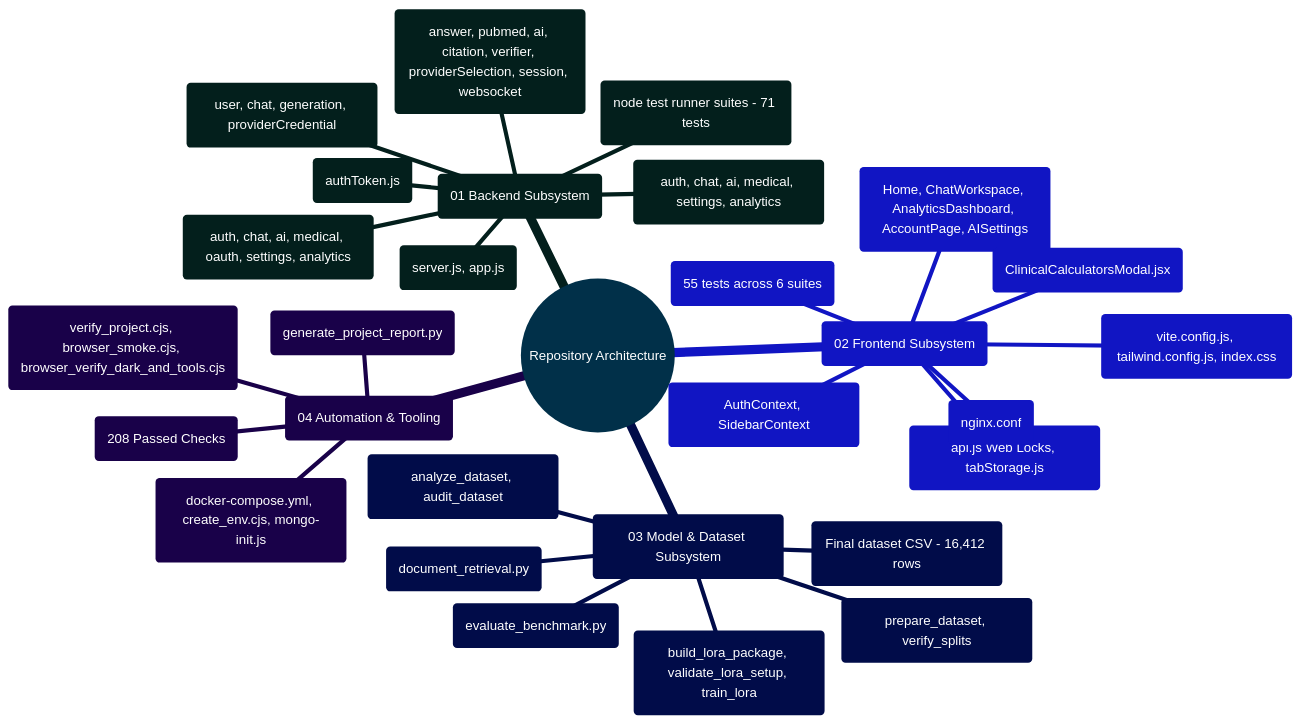
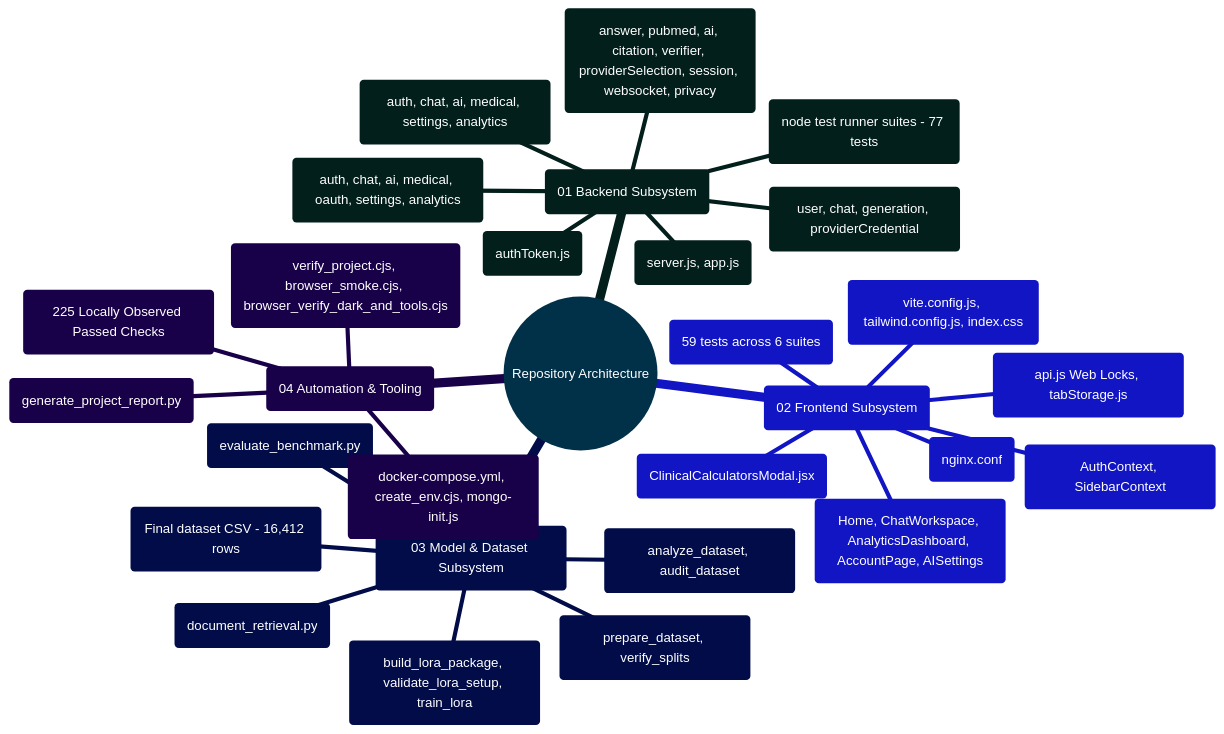
The diagram in docs/COMPLETE_FILE_DIRECTORY_REFERENCE.md (Ganesh172919/React-App-LLM), drawn with Mermaid before and after one commit. The commit also changed other lines of this file and 39 other files, not shown here.

````diff
--- a/docs/COMPLETE_FILE_DIRECTORY_REFERENCE.md
+++ b/docs/COMPLETE_FILE_DIRECTORY_REFERENCE.md
@@ -266,34 +266,34 @@
 ```mermaid
 %%{init: {'theme': 'base', 'themeVariables': { 'primaryColor': '#0284c7', 'primaryTextColor': '#ffffff', 'primaryBorderColor': '#0369a1', 'lineColor': '#0284c7', 'secondaryColor': '#0d9488', 'tertiaryColor': '#6366f1' }}}%%
 mindmap
   root((Repository Architecture))
     ::icon(fa fa-folder-open)
     (01 Backend Subsystem)
       Server & App Factory (server.js, app.js)
       Controllers (auth, chat, ai, medical, oauth, settings, analytics)
       Middleware (authToken.js)
       Mongoose Models (user, chat, generation, providerCredential)
       Routes (auth, chat, ai, medical, settings, analytics)
-      Services (answer, pubmed, ai, citation, verifier, providerSelection, session, websocket)
-      Automated Tests (node test runner suites - 71 tests)
+      Services (answer, pubmed, ai, citation, verifier, providerSelection, session, websocket, privacy)
+      Automated Tests (node test runner suites - 77 tests)
     (02 Frontend Subsystem)
       Core Views (Home, ChatWorkspace, AnalyticsDashboard, AccountPage, AISettings)
       Context Providers (AuthContext, SidebarContext)
       Client Utilities (api.js Web Locks, tabStorage.js)
-      18 Clinical Calculators (ClinicalCalculatorsModal.jsx)
+      22 Clinical Calculators (ClinicalCalculatorsModal.jsx)
       Vite & Tailwind (vite.config.js, tailwind.config.js, index.css)
       Nginx Configuration (nginx.conf)
-      Vitest Test Suites (55 tests across 6 suites)
+      Vitest Test Suites (59 tests across 6 suites)
     (03 Model & Dataset Subsystem)
       Source Data (Final dataset CSV - 16,412 rows)
       Dataset Profilers (analyze_dataset, audit_dataset)
       Dataset Preparation (prepare_dataset, verify_splits)
       Offline Semantic Search (document_retrieval.py)
       Benchmark Analysis (evaluate_benchmark.py)
       LoRA Package (build_lora_package, validate_lora_setup, train_lora)
     (04 Automation & Tooling)
       Docker Compose & Deployment (docker-compose.yml, create_env.cjs, mongo-init.js)
       Test Automation (verify_project.cjs, browser_smoke.cjs, browser_verify_dark_and_tools.cjs)
       PDF Report Generator (generate_project_report.py)
-      Master Quality Verification (208 Passed Checks)
+      Master Quality Verification (225 Locally Observed Passed Checks)
 ```
````
